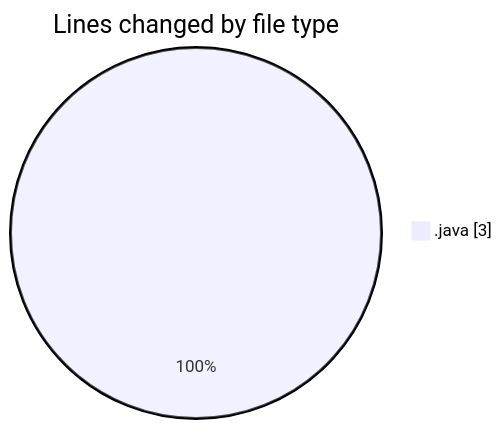
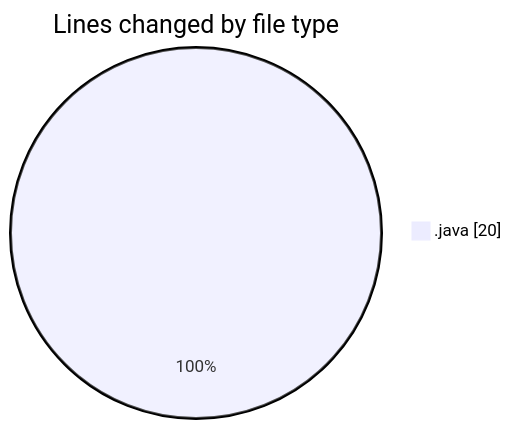
The first of 2 diagrams in 2025-10-04/projet_rmi/README.md (donsfak/code-tracking), drawn with Mermaid before and after one commit. The commit also changed other lines of this file and 1 other file, not shown here.

````diff
--- a/2025-10-04/projet_rmi/README.md
+++ b/2025-10-04/projet_rmi/README.md
@@ -22,5 +22,5 @@
 ```mermaid
 pie showData
 title Lines changed by file type
-".java" : 3
+".java" : 20
 ```
````
